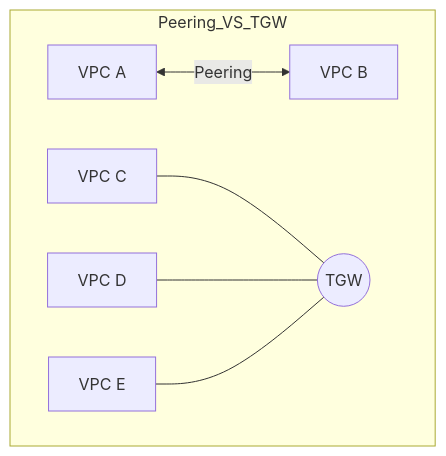
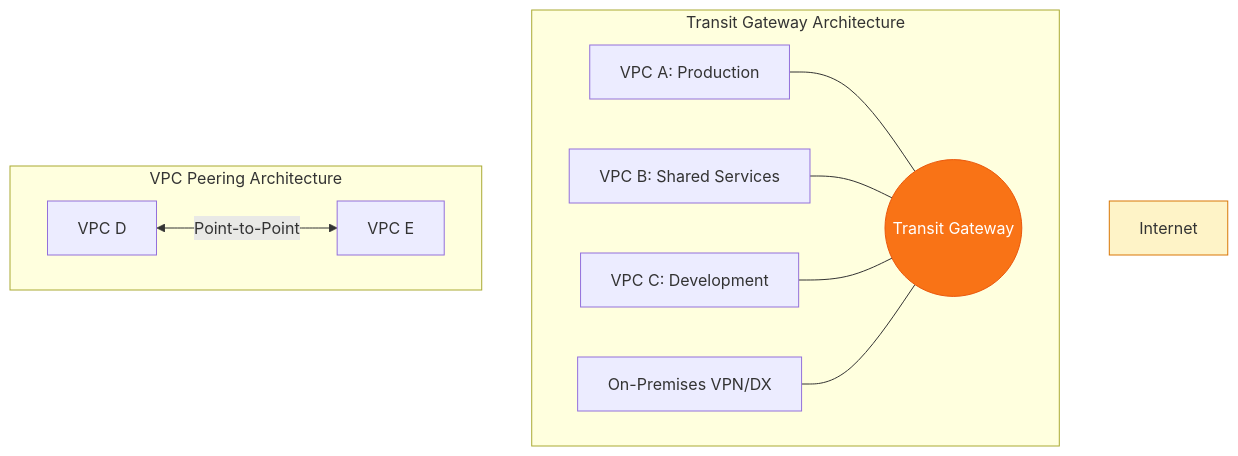
The diagram in 2-Intermediate/01-Phase-1/01-Networking/06-VPC-Peering-and-Transit-Gateway/README.md (Ganil151/Devops), drawn with Mermaid before and after one commit. The commit also changed other lines of this file and 51 other files, not shown here.

````diff
--- a/2-Intermediate/01-Phase-1/01-Networking/06-VPC-Peering-and-Transit-Gateway/README.md
+++ b/2-Intermediate/01-Phase-1/01-Networking/06-VPC-Peering-and-Transit-Gateway/README.md
@@ -18,11 +5,19 @@
 ```mermaid
 graph TD
-    subgraph Peering_VS_TGW
-        direction LR
-        A1[VPC A] <-->|Peering| B1[VPC B]
+    subgraph Hub_And_Spoke[Transit Gateway Architecture]
+        TGW((Transit Gateway))
+        
+        VPC_A[VPC A: Production] --- TGW
+        VPC_B[VPC B: Shared Services] --- TGW
+        VPC_C[VPC C: Development] --- TGW
+        
+        OnPrem[On-Premises VPN/DX] --- TGW
+    end
 
-A2[VPC C] --- TGW((TGW))
-        B2[VPC D] --- TGW
-        C2[VPC E] --- TGW
+    subgraph Direct_Peering[VPC Peering Architecture]
+        VPC_D[VPC D] <-->|Point-to-Point| VPC_E[VPC E]
     end
+
+    style TGW fill:#f97316,stroke:#ea580c,color:#fff
+    style Internet fill:#fef3c7,stroke:#d97706
 ```
````
